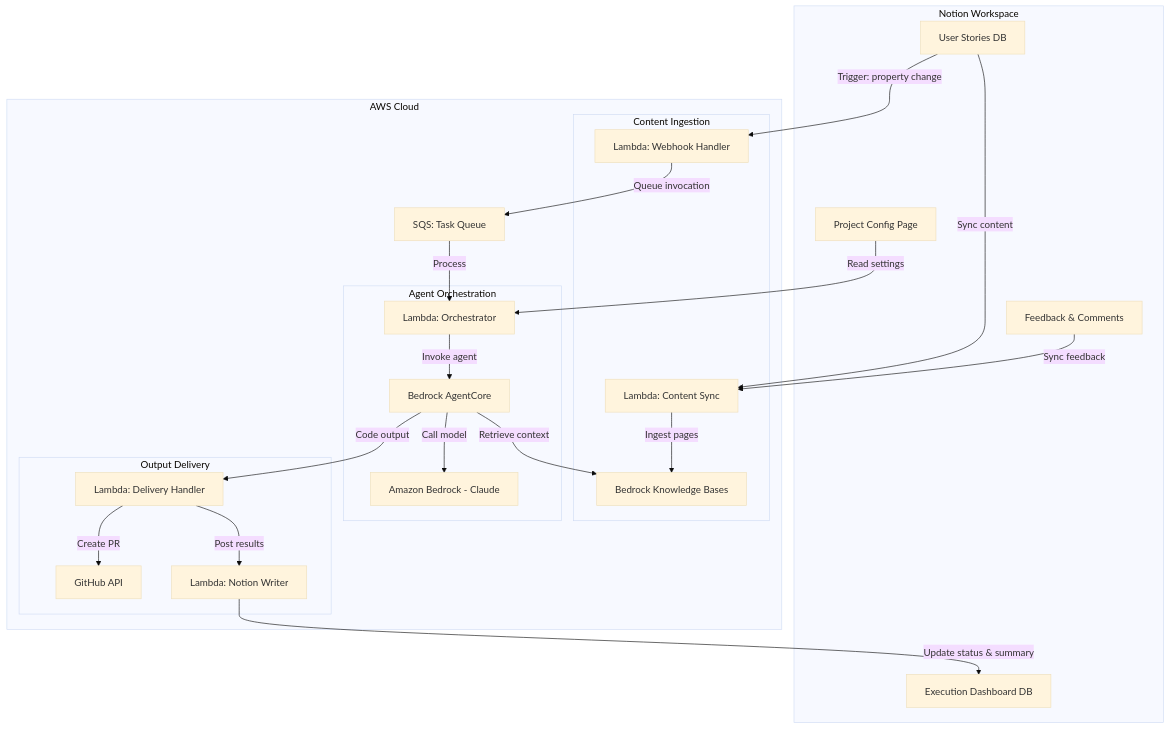
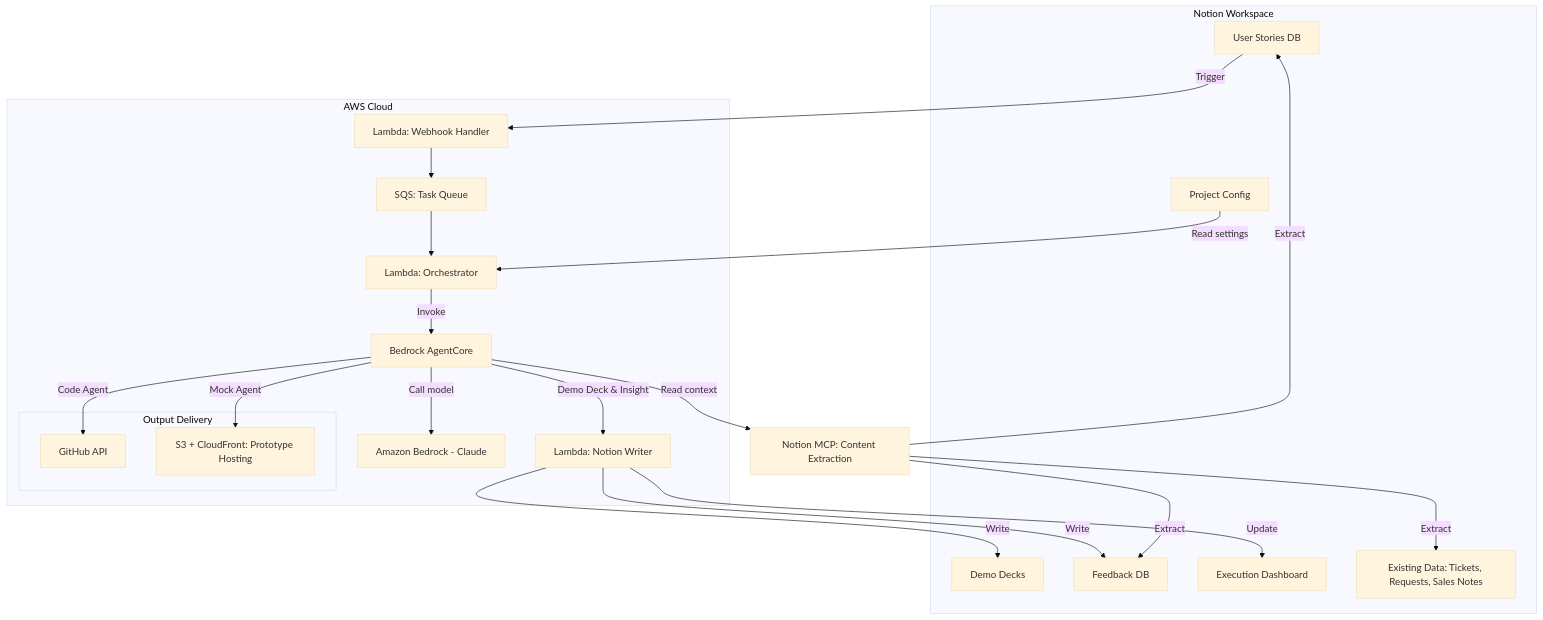
One commit to icoxfog417/notion-code changed the diagram in README.md. Above: the diagram before and after it, drawn with Mermaid (base theme). The commit also changed other lines of this file and 2 other files, not shown here.

First line of the commit message:
feat: Refine discovery pipeline — Demo Deck Agent, Insight Agent with Notion MCP, A/B Test Agent

````diff
--- a/README.md
+++ b/README.md
@@ -71,50 +111,46 @@
 ```mermaid
 graph TB
     subgraph Notion["Notion Workspace"]
         US[User Stories DB]
-        CFG[Project Config Page]
-        DASH[Execution Dashboard DB]
-        FB[Feedback & Comments]
+        DD[Demo Decks]
+        FB[Feedback DB]
+        DASH[Execution Dashboard]
+        CFG[Project Config]
+        EXIST[Existing Data: Tickets, Requests, Sales Notes]
     end
 
     subgraph AWS["AWS Cloud"]
-        subgraph Ingestion["Content Ingestion"]
-            WH[Lambda: Webhook Handler]
-            SYNC[Lambda: Content Sync]
-            KB[Bedrock Knowledge Bases]
-        end
-
-        subgraph Orchestration["Agent Orchestration"]
-            ORCH[Lambda: Orchestrator]
-            AC[Bedrock AgentCore]
-            BR[Amazon Bedrock - Claude]
-        end
+        WH[Lambda: Webhook Handler]
+        SQS[SQS: Task Queue]
+        ORCH[Lambda: Orchestrator]
+        AC[Bedrock AgentCore]
+        BR[Amazon Bedrock - Claude]
+        NW[Lambda: Notion Writer]
 
         subgraph Delivery["Output Delivery"]
-            DEL[Lambda: Delivery Handler]
             GH[GitHub API]
-            NW[Lambda: Notion Writer]
+            S3[S3 + CloudFront: Prototype Hosting]
         end
-
-        SQS[SQS: Task Queue]
     end
 
-    US -->|Trigger: property change| WH
-    WH -->|Queue invocation| SQS
-    SQS -->|Process| ORCH
+    MCP[Notion MCP: Content Extraction]
 
-    SYNC -->|Ingest pages| KB
-    US -->|Sync content| SYNC
-    FB -->|Sync feedback| SYNC
+    US -->|Trigger| WH
+    WH --> SQS
+    SQS --> ORCH
+    ORCH -->|Invoke| AC
+    AC -->|Call model| BR
+    AC -->|Read context| MCP
+    MCP -->|Extract| US
+    MCP -->|Extract| EXIST
+    MCP -->|Extract| FB
 
-    ORCH -->|Invoke agent| AC
-    AC -->|Call model| BR
-    AC -->|Retrieve context| KB
-
-    AC -->|Code output| DEL
-    DEL -->|Create PR| GH
-    DEL -->|Post results| NW
-    NW -->|Update status & summary| DASH
+    AC -->|Mock Agent| S3
+    AC -->|Demo Deck & Insight| NW
+    AC -->|Code Agent| GH
+    NW -->|Write| DD
+    NW -->|Write| FB
+    NW -->|Update| DASH
 
     CFG -->|Read settings| ORCH
 ```
````
